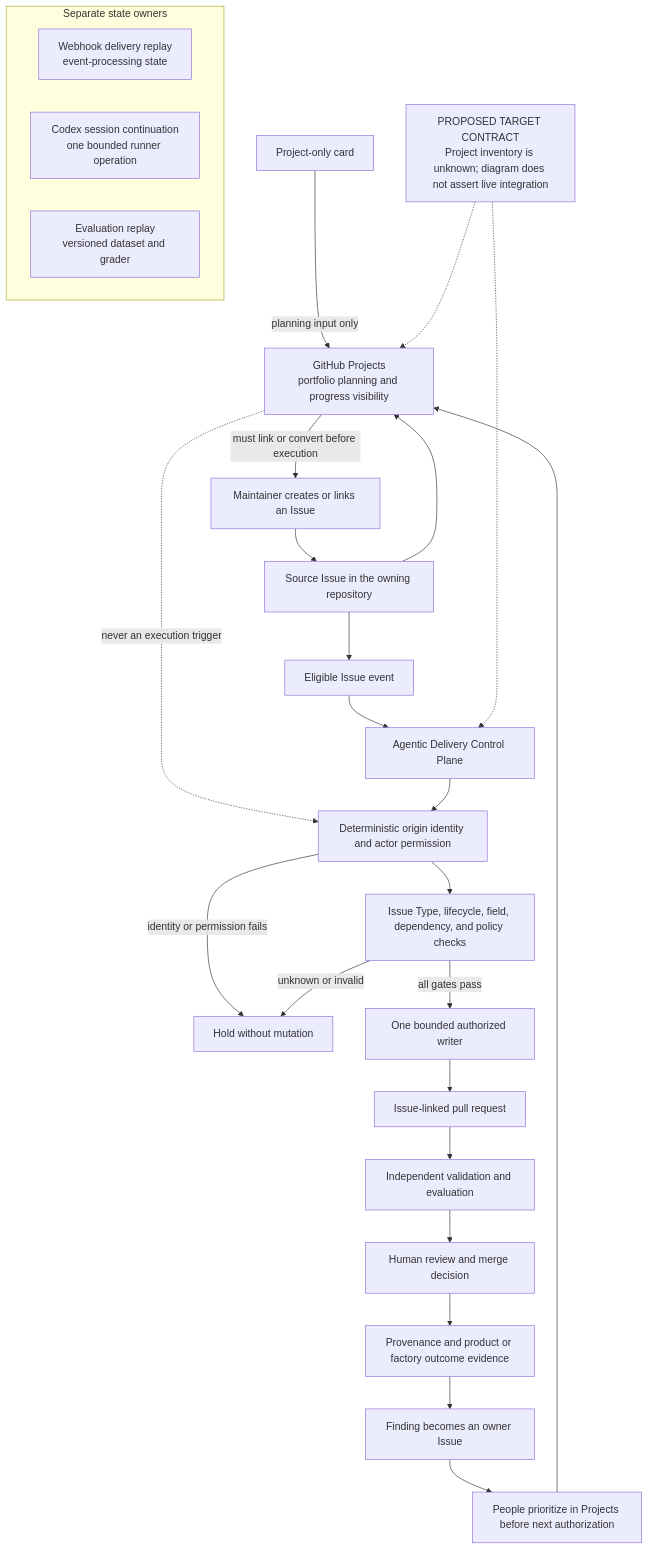
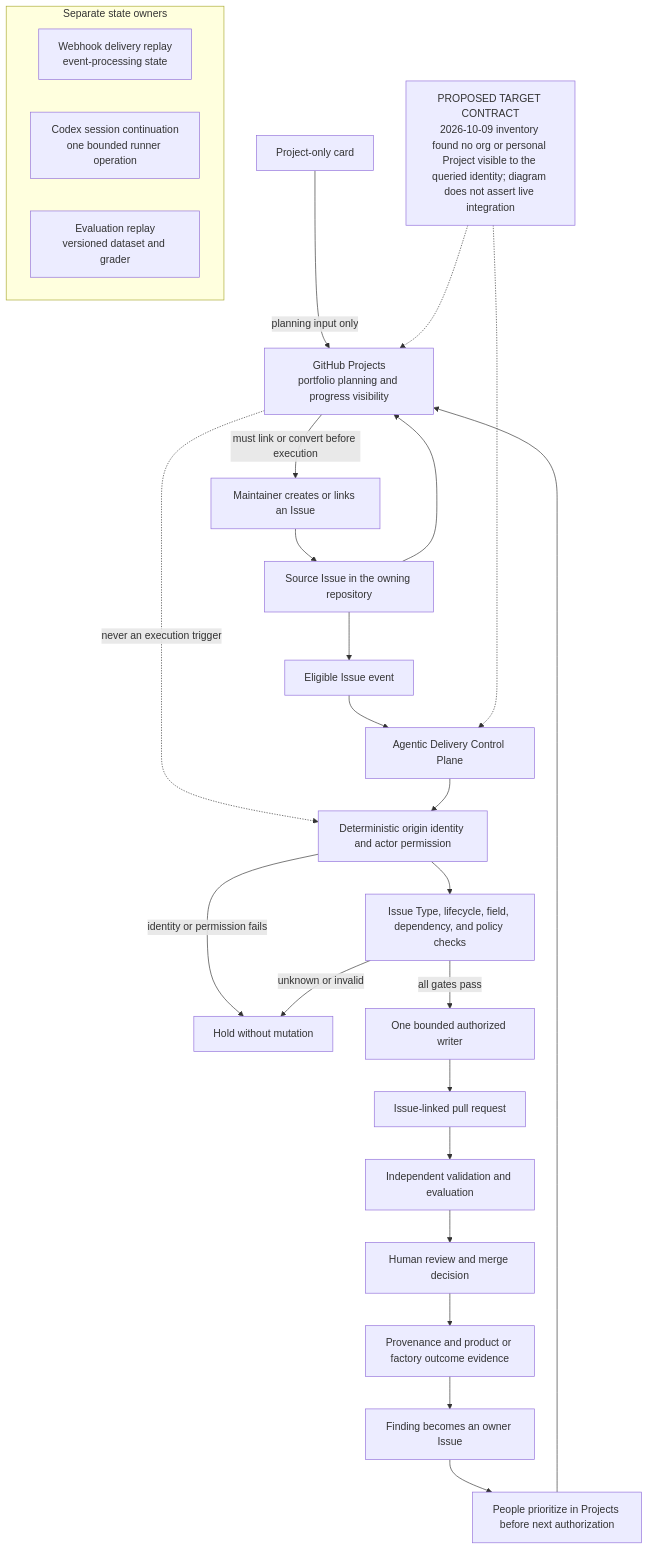
Before and after one commit to agentic-delivery-lab/agentic-delivery-architecture: the diagram in architecture/diagrams/mermaid/project-issue-lifecycle.mmd, drawn with Mermaid. The commit also changed 15 other files, not shown here.

```diff
--- a/architecture/diagrams/mermaid/project-issue-lifecycle.mmd
+++ b/architecture/diagrams/mermaid/project-issue-lifecycle.mmd
@@ -1,37 +1,37 @@
 flowchart TD
-  STATUS["PROPOSED TARGET CONTRACT<br/>Project inventory is unknown; diagram does not assert live integration"]
+  STATUS["PROPOSED TARGET CONTRACT<br/>2026-10-09 inventory found no org or personal Project visible to the queried identity; diagram does not assert live integration"]
   PROJECT["GitHub Projects<br/>portfolio planning and progress visibility"]
   CARD["Project-only card"]
   HUMAN["Maintainer creates or links an Issue"]
   ISSUE["Source Issue in the owning repository"]
   EVENT["Eligible Issue event"]
   CONTROL["Agentic Delivery Control Plane"]
   IDENTITY["Deterministic origin identity and actor permission"]
   CONTRACT["Issue Type, lifecycle, field, dependency, and policy checks"]
   HOLD["Hold without mutation"]
   WRITER["One bounded authorized writer"]
   PR["Issue-linked pull request"]
   REVIEW["Independent validation and evaluation"]
   MERGE["Human review and merge decision"]
   EVIDENCE["Provenance and product or factory outcome evidence"]
   FINDING["Finding becomes an owner Issue"]
   LOOP["People prioritize in Projects before next authorization"]
 
   CARD -->|"planning input only"| PROJECT
   PROJECT -->|"must link or convert before execution"| HUMAN
   HUMAN --> ISSUE
   ISSUE --> PROJECT
   PROJECT -. "never an execution trigger" .-> IDENTITY
   ISSUE --> EVENT --> CONTROL --> IDENTITY --> CONTRACT
   IDENTITY -->|"identity or permission fails"| HOLD
   CONTRACT -->|"unknown or invalid"| HOLD
   CONTRACT -->|"all gates pass"| WRITER --> PR --> REVIEW --> MERGE --> EVIDENCE
   EVIDENCE --> FINDING --> LOOP --> PROJECT
 
   subgraph REPLAY["Separate state owners"]
     WEBHOOK["Webhook delivery replay<br/>event-processing state"]
     SESSION["Codex session continuation<br/>one bounded runner operation"]
     EVALUATION["Evaluation replay<br/>versioned dataset and grader"]
   end
   STATUS -.-> PROJECT
   STATUS -.-> CONTROL
```
